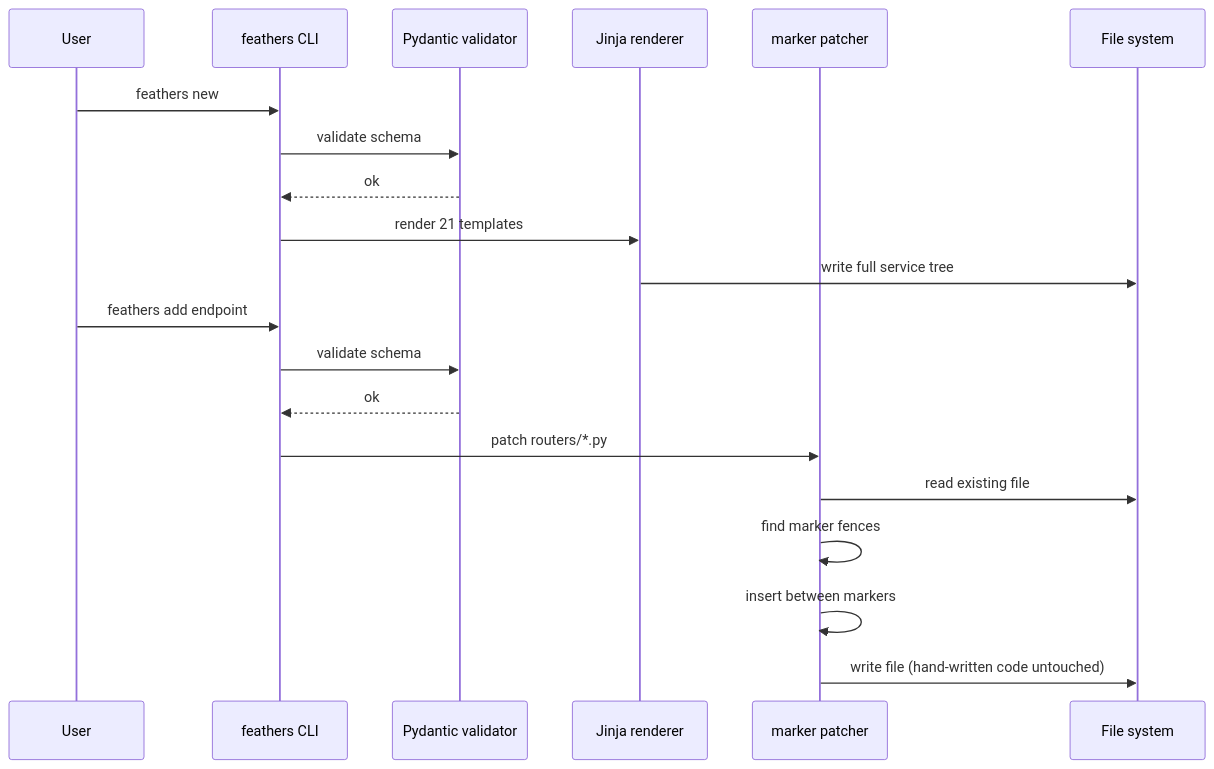
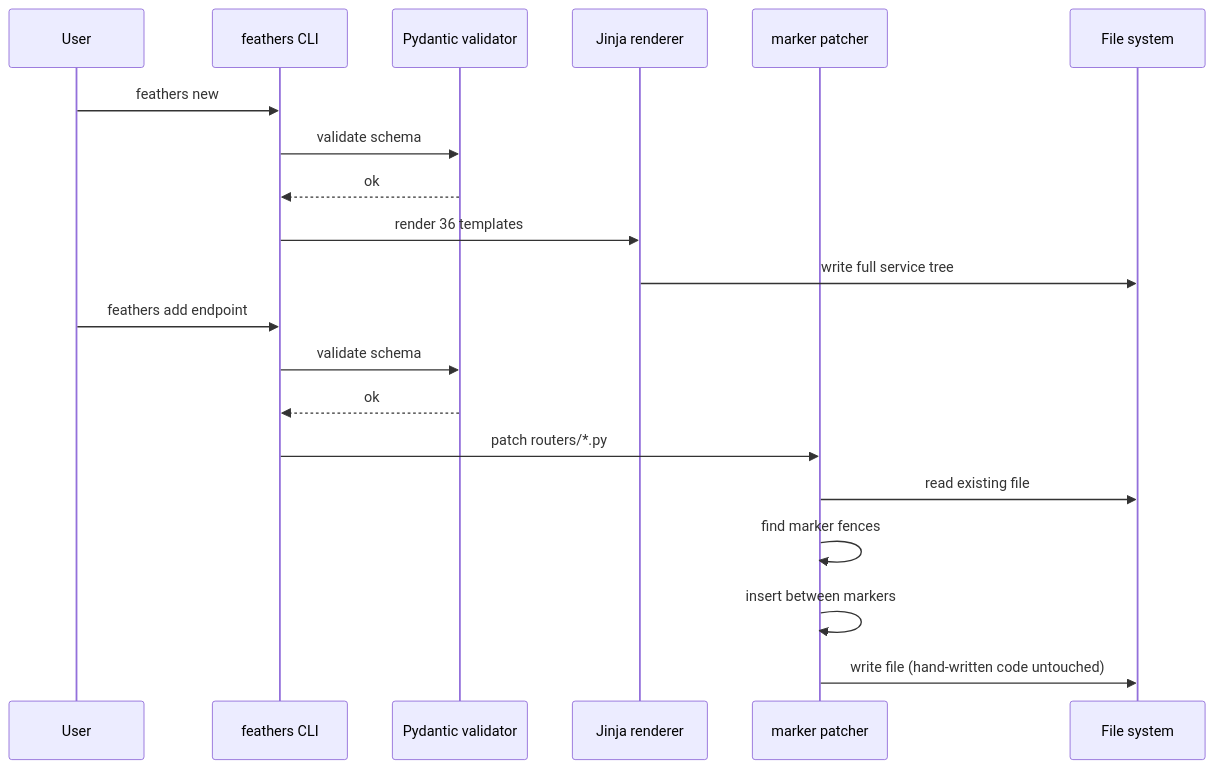
One commit to Abdul-Muizz1310/feathers changed the second of 4 diagrams in README.md. Above: the diagram before and after it, drawn with Mermaid. The commit also changed other lines of this file and 20 other files, not shown here.

````diff
--- a/README.md
+++ b/README.md
@@ -76,24 +76,24 @@
 ```mermaid
 sequenceDiagram
     participant User
     participant CLI as feathers CLI
     participant Val as Pydantic validator
     participant Gen as Jinja renderer
     participant AST as marker patcher
     participant FS as File system
 
     User->>CLI: feathers new
     CLI->>Val: validate schema
     Val-->>CLI: ok
-    CLI->>Gen: render 21 templates
+    CLI->>Gen: render 36 templates
     Gen->>FS: write full service tree
 
     User->>CLI: feathers add endpoint
     CLI->>Val: validate schema
     Val-->>CLI: ok
     CLI->>AST: patch routers/*.py
     AST->>FS: read existing file
     AST->>AST: find marker fences
     AST->>AST: insert between markers
     AST->>FS: write file (hand-written code untouched)
 ```
````
